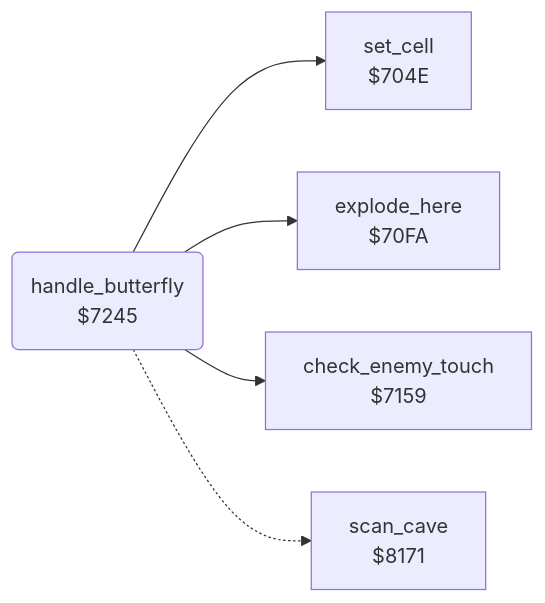
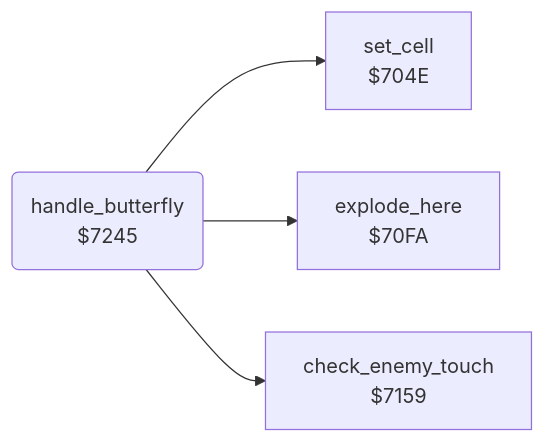
Before and after one commit to henols/c64_games: the diagram in boulder_dash/v2/docs/reference/modules/engine/butterfly.md, drawn with Mermaid. The commit also changed other lines of this file and 1100 other files, not shown here.

````diff
--- a/boulder_dash/v2/docs/reference/modules/engine/butterfly.md
+++ b/boulder_dash/v2/docs/reference/modules/engine/butterfly.md
@@ -10,12 +16,10 @@
 ```mermaid
 flowchart LR
   n704e["set_cell<br/>$704E"]
   n70fa["explode_here<br/>$70FA"]
   n7159["check_enemy_touch<br/>$7159"]
   n7245("handle_butterfly<br/>$7245")
-  n8171["scan_cave<br/>$8171"]
   n7245 --> n704e
   n7245 --> n70fa
   n7245 --> n7159
-  n7245 -.-> n8171
 ```
````
